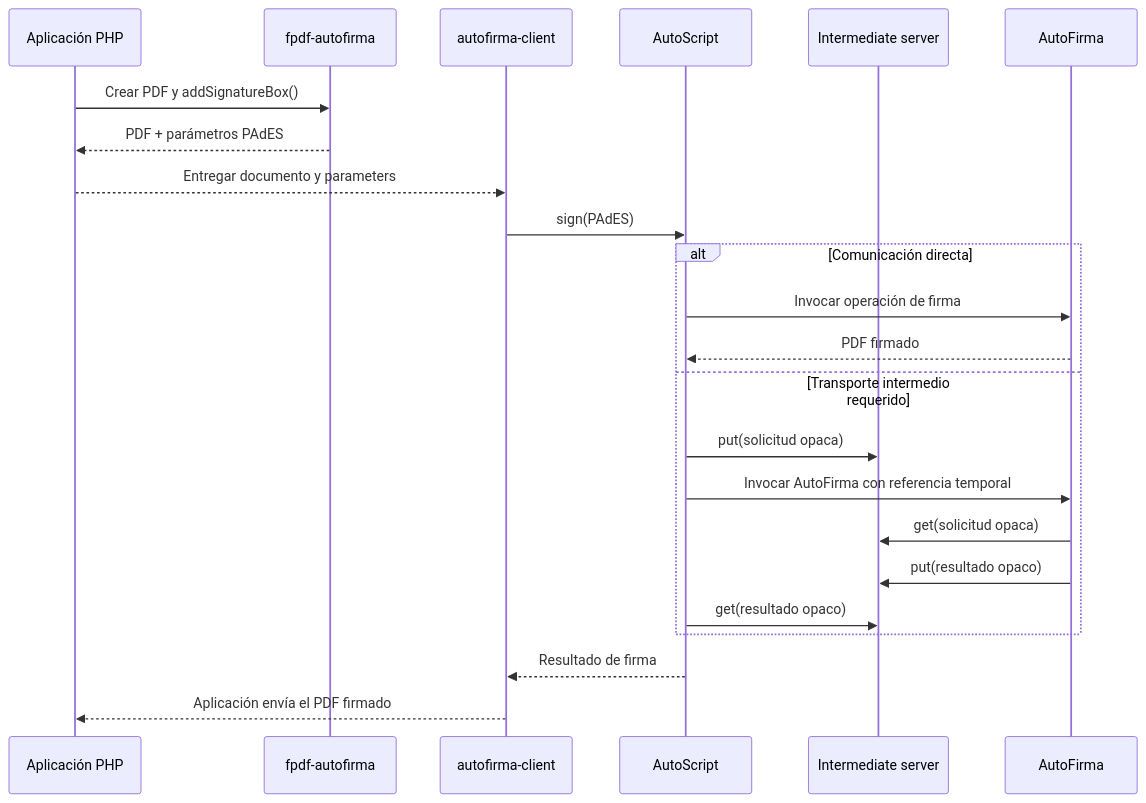
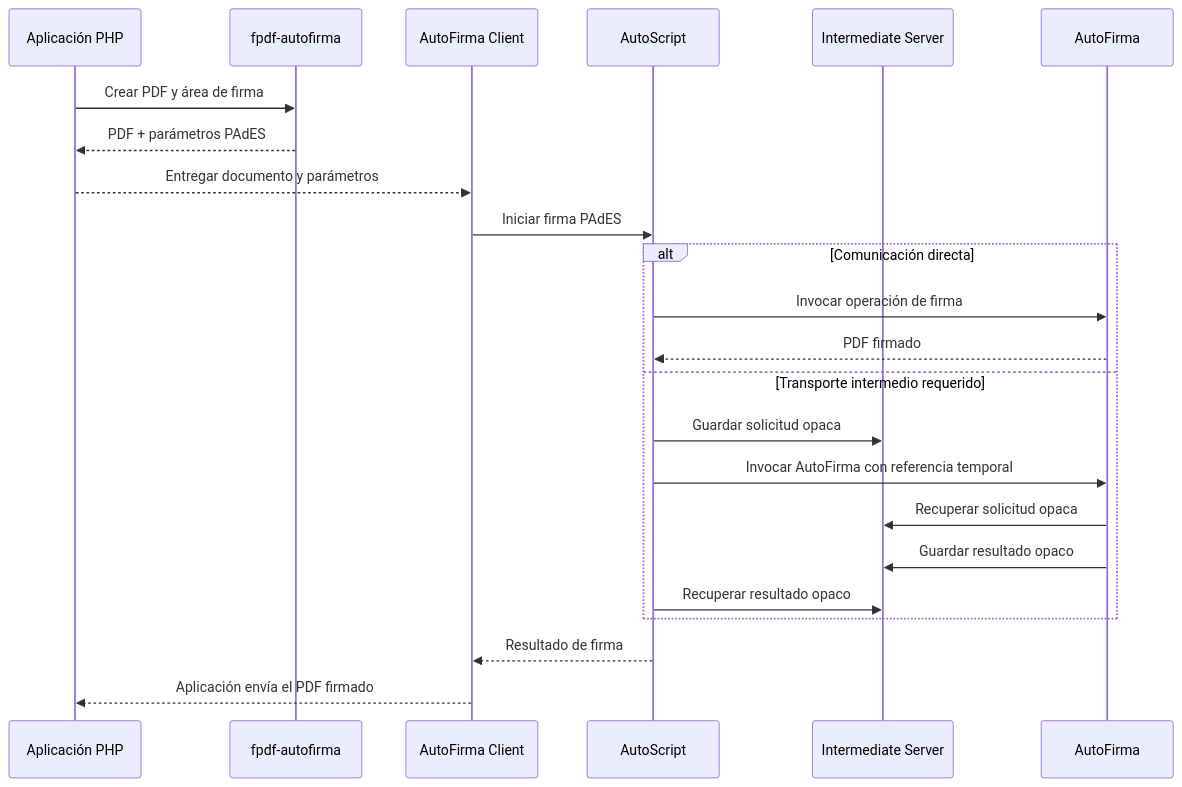
One commit to erseco/fpdf-autofirma changed the second of 2 diagrams in docs/arquitectura.md. Above: the diagram before and after it, drawn with Mermaid. The commit also changed other lines of this file, not shown here.

Commit message:
Harden Mermaid syntax in architecture docs

````diff
--- a/docs/arquitectura.md
+++ b/docs/arquitectura.md
@@ -110,28 +110,28 @@
 ```mermaid
 sequenceDiagram
     participant PHP as Aplicación PHP
     participant FPDF as fpdf-autofirma
-    participant JS as autofirma-client
+    participant JS as AutoFirma Client
     participant AS as AutoScript
-    participant IS as Intermediate server
+    participant IS as Intermediate Server
     participant AF as AutoFirma
 
-    PHP->>FPDF: Crear PDF y addSignatureBox()
+    PHP->>FPDF: Crear PDF y área de firma
     FPDF-->>PHP: PDF + parámetros PAdES
-    PHP-->>JS: Entregar documento y parameters
-    JS->>AS: sign(PAdES)
+    PHP-->>JS: Entregar documento y parámetros
+    JS->>AS: Iniciar firma PAdES
 
     alt Comunicación directa
         AS->>AF: Invocar operación de firma
         AF-->>AS: PDF firmado
     else Transporte intermedio requerido
-        AS->>IS: put(solicitud opaca)
+        AS->>IS: Guardar solicitud opaca
         AS->>AF: Invocar AutoFirma con referencia temporal
-        AF->>IS: get(solicitud opaca)
-        AF->>IS: put(resultado opaco)
-        AS->>IS: get(resultado opaco)
+        AF->>IS: Recuperar solicitud opaca
+        AF->>IS: Guardar resultado opaco
+        AS->>IS: Recuperar resultado opaco
     end
 
     AS-->>JS: Resultado de firma
     JS-->>PHP: Aplicación envía el PDF firmado
 ```
````
